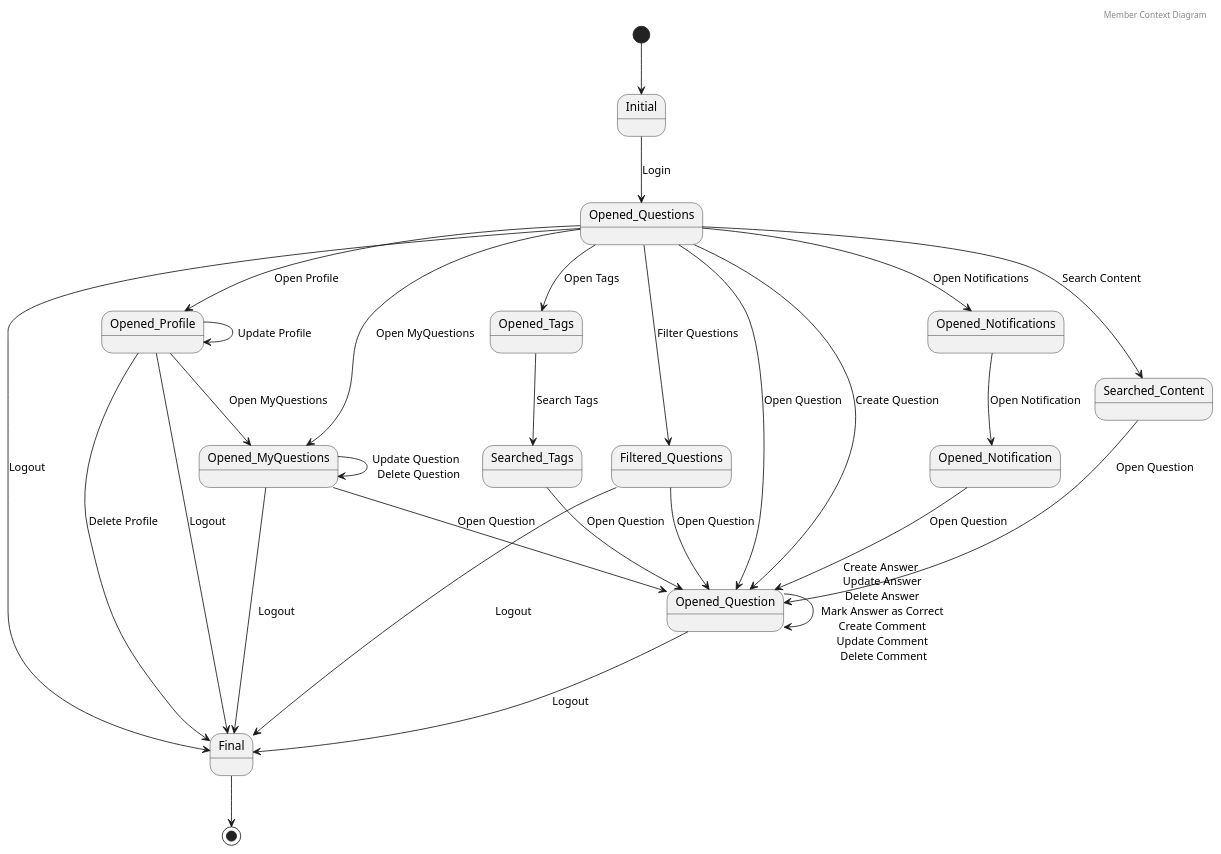
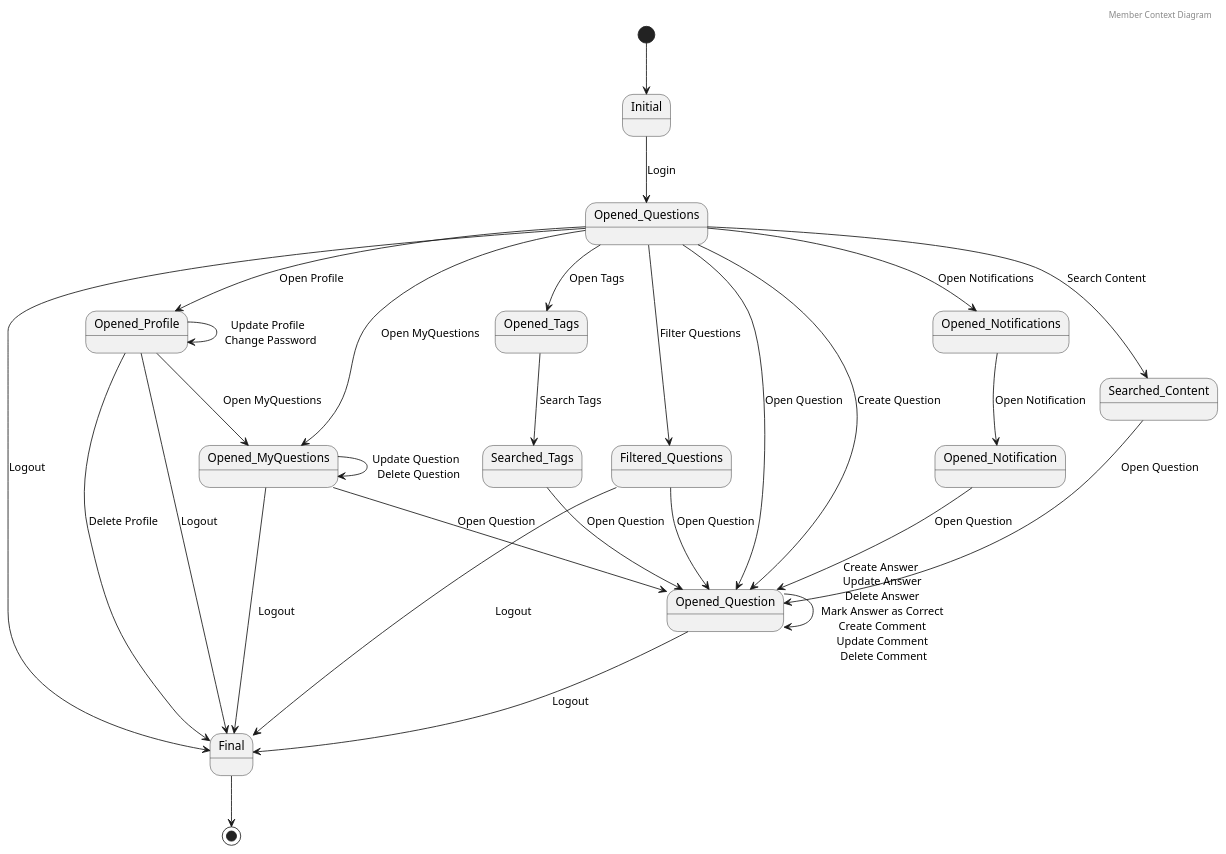
One commit to rafaelacirino/miw-backend-foro changed the diagram in src/main/resources/templates/diagramaDeContextoMember.plantuml. Above: the diagram before and after it, drawn with PlantUML. The commit also changed 30 other files, not shown here.

Commit message:
fix diagramas

```diff
--- a/src/main/resources/templates/diagramaDeContextoMember.plantuml
+++ b/src/main/resources/templates/diagramaDeContextoMember.plantuml
@@ -1,44 +1,44 @@
 @startuml
 
 header Member Context Diagram
 
 [*] --> Initial
 
 Initial --> Opened_Questions : Login
 Opened_Questions --> Opened_Question : Open Question
 Opened_Questions --> Opened_MyQuestions : Open MyQuestions
 Opened_MyQuestions --> Opened_Question : Open Question
 Opened_Questions --> Opened_Notifications : Open Notifications
 
 Opened_Questions --> Opened_Question : Create Question
 Opened_Questions --> Opened_Profile : Open Profile
 Opened_Questions --> Filtered_Questions : Filter Questions
 Filtered_Questions --> Opened_Question : Open Question
 Opened_Questions --> Final : Logout
 Filtered_Questions --> Final : Logout
 
 Opened_Notifications --> Opened_Notification : Open Notification
 Opened_Notification --> Opened_Question : Open Question
 
 
 Opened_Questions --> Searched_Content : Search Content
 Searched_Content --> Opened_Question : Open Question
 
 Opened_Questions --> Opened_Tags : Open Tags
 Opened_Tags --> Searched_Tags : Search Tags
 Searched_Tags --> Opened_Question : Open Question
 
 Opened_Question --> Opened_Question : Create Answer \n Update Answer \n Delete Answer \n Mark Answer as Correct \n Create Comment \n Update Comment \n Delete Comment
 Opened_Question --> Final : Logout
 
 Opened_MyQuestions --> Opened_MyQuestions : Update Question \n Delete Question
 Opened_MyQuestions --> Final : Logout
 
 Opened_Profile --> Opened_MyQuestions : Open MyQuestions
-Opened_Profile --> Opened_Profile : Update Profile
+Opened_Profile --> Opened_Profile : Update Profile \n Change Password
 Opened_Profile --> Final : Delete Profile
 Opened_Profile --> Final : Logout
 
 Final --> [*]
 
 @enduml
```
